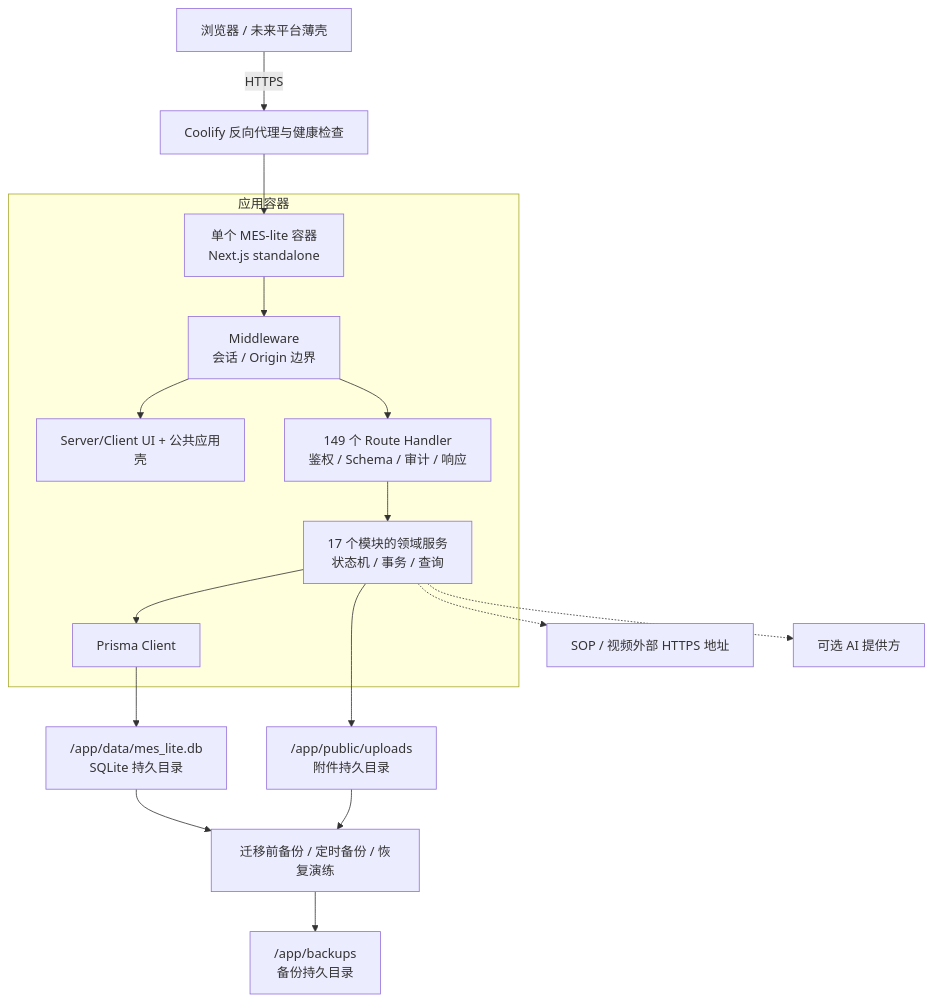
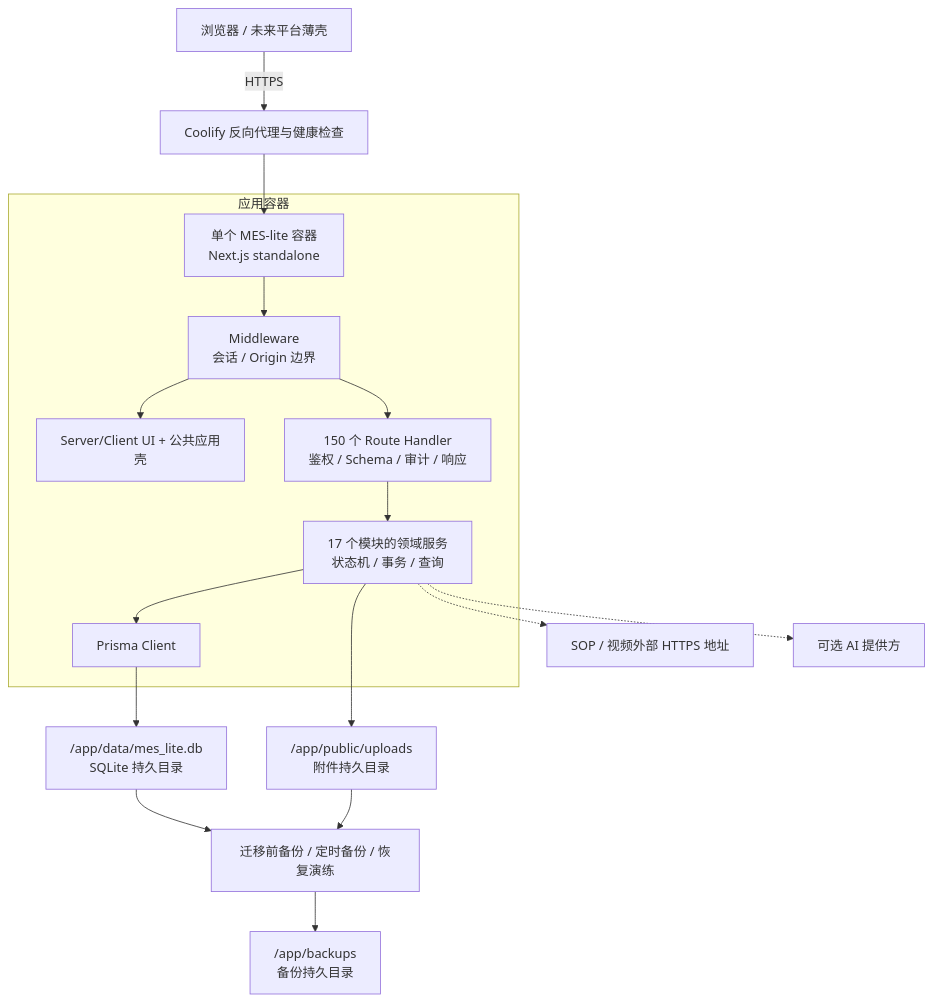
Before and after one commit to goldf2/mes-lite: the second of 12 diagrams in docs/architecture/系统结构图.md, drawn with Mermaid. The commit also changed other lines of this file and 31 other files, not shown here.

````diff
--- a/docs/architecture/系统结构图.md
+++ b/docs/architecture/系统结构图.md
@@ -47,21 +47,21 @@
 ```mermaid
 flowchart TB
   Browser["浏览器 / 未来平台薄壳"] -->|"HTTPS"| Proxy["Coolify 反向代理与健康检查"]
   Proxy --> App["单个 MES-lite 容器<br/>Next.js standalone"]
 
   subgraph Container["应用容器"]
     App --> Middleware["Middleware<br/>会话 / Origin 边界"]
     Middleware --> UI["Server/Client UI + 公共应用壳"]
-    Middleware --> Route["149 个 Route Handler<br/>鉴权 / Schema / 审计 / 响应"]
+    Middleware --> Route["150 个 Route Handler<br/>鉴权 / Schema / 审计 / 响应"]
     Route --> Services["17 个模块的领域服务<br/>状态机 / 事务 / 查询"]
     Services --> Prisma["Prisma Client"]
   end
 
   Prisma --> Db["/app/data/mes_lite.db<br/>SQLite 持久目录"]
   Services --> Uploads["/app/public/uploads<br/>附件持久目录"]
   Backup["迁移前备份 / 定时备份 / 恢复演练"] --> Backups["/app/backups<br/>备份持久目录"]
   Db --> Backup
   Uploads --> Backup
   Services -.-> Oss["SOP / 视频外部 HTTPS 地址"]
   Services -.-> Ai["可选 AI 提供方"]
 ```
````
